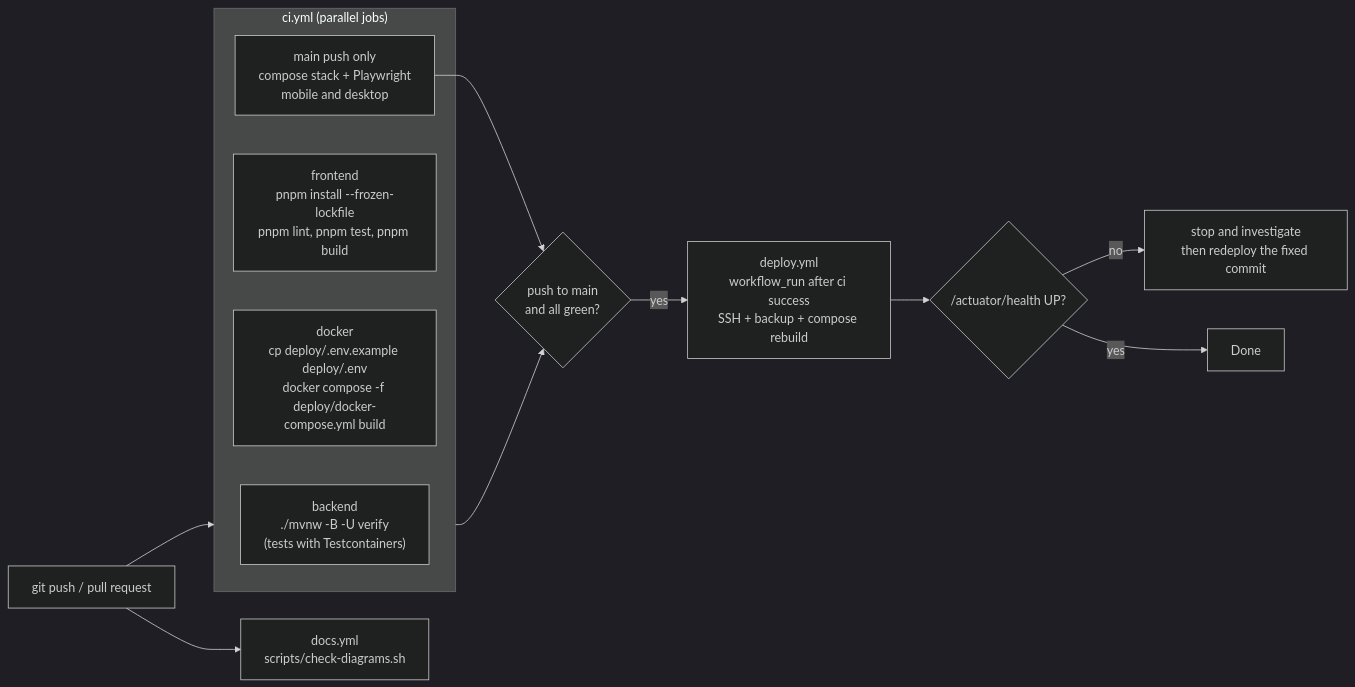
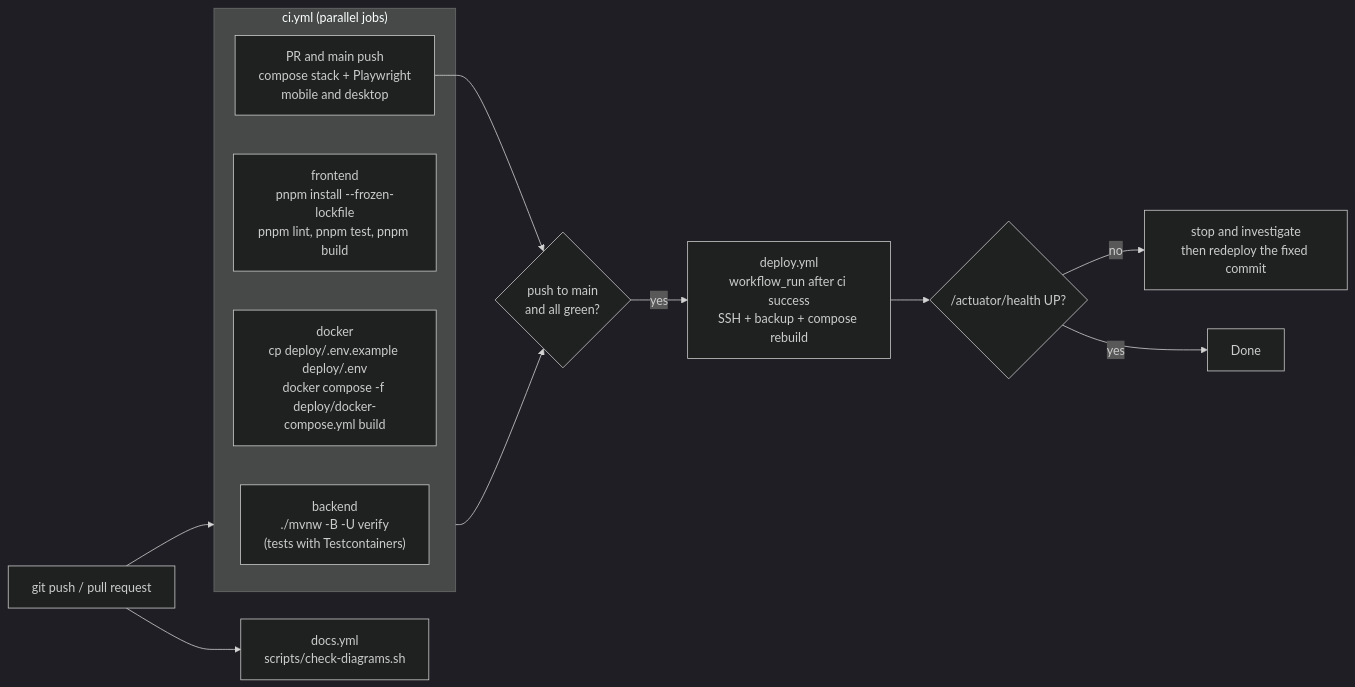
Before and after one commit to Iyed-M/olive-connect: the second of 3 diagrams in docs/10-deployment.md, drawn with Mermaid (dark theme). The commit also changed other lines of this file and 5 other files, not shown here.

````diff
--- a/docs/10-deployment.md
+++ b/docs/10-deployment.md
@@ -68,17 +68,17 @@
 ```mermaid
 flowchart LR
     A["git push / pull request"] --> CI
     subgraph CI["ci.yml (parallel jobs)"]
         B["backend<br/>./mvnw -B -U verify<br/>(tests with Testcontainers)"]
         C["frontend<br/>pnpm install --frozen-lockfile<br/>pnpm lint, pnpm test, pnpm build"]
         D["docker<br/>cp deploy/.env.example deploy/.env<br/>docker compose -f deploy/docker-compose.yml build"]
-        E2E["main push only<br/>compose stack + Playwright<br/>mobile and desktop"]
+        E2E["PR and main push<br/>compose stack + Playwright<br/>mobile and desktop"]
     end
     A --> DOC["docs.yml<br/>scripts/check-diagrams.sh"]
     CI --> M{"push to main<br/>and all green?"}
     M -- yes --> E["deploy.yml<br/>workflow_run after ci success<br/>SSH + backup + compose rebuild"]
     E2E --> M
     E --> F{"/actuator/health UP?"}
     F -- no --> G["stop and investigate<br/>then redeploy the fixed commit"]
     F -- yes --> H[Done]
 ```
````
